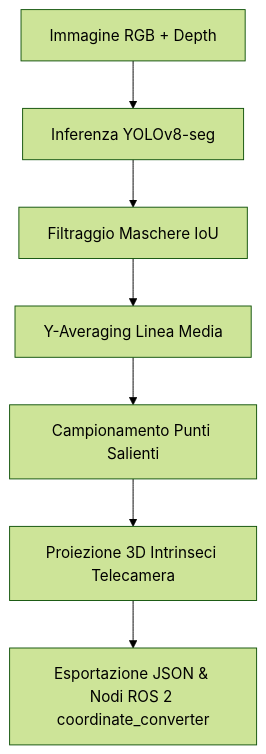
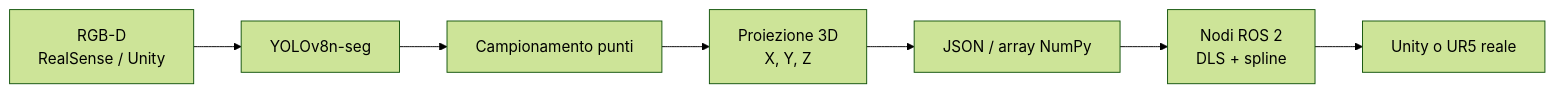
One commit to EttoreRii/Cloth-Segmentation-Pipeline changed the diagram in README.md. Above: the diagram before and after it, drawn with Mermaid (forest theme). The commit also changed other lines of this file and 3 other files, not shown here.

````diff
--- a/README.md
+++ b/README.md
@@ -247,9 +10,9 @@
 ```mermaid
-graph TD
-    A[Immagine RGB + Depth] --> B[Inferenza YOLOv8-seg]
-    B --> C[Filtraggio Maschere IoU]
-    C --> D[Y-Averaging Linea Media]
-    D --> E[Campionamento Punti Salienti]
-    E --> F[Proiezione 3D Intrinseci Telecamera]
-    F --> G[Esportazione JSON & Nodi ROS 2 coordinate_converter]
+graph LR
+    A[RGB-D<br/>RealSense / Unity] --> B[YOLOv8n-seg]
+    B --> C[Campionamento punti]
+    C --> D[Proiezione 3D<br/>X, Y, Z]
+    D --> E[JSON / array NumPy]
+    E --> F[Nodi ROS 2<br/>DLS + spline]
+    F --> G[Unity o UR5 reale]
 ```
````
